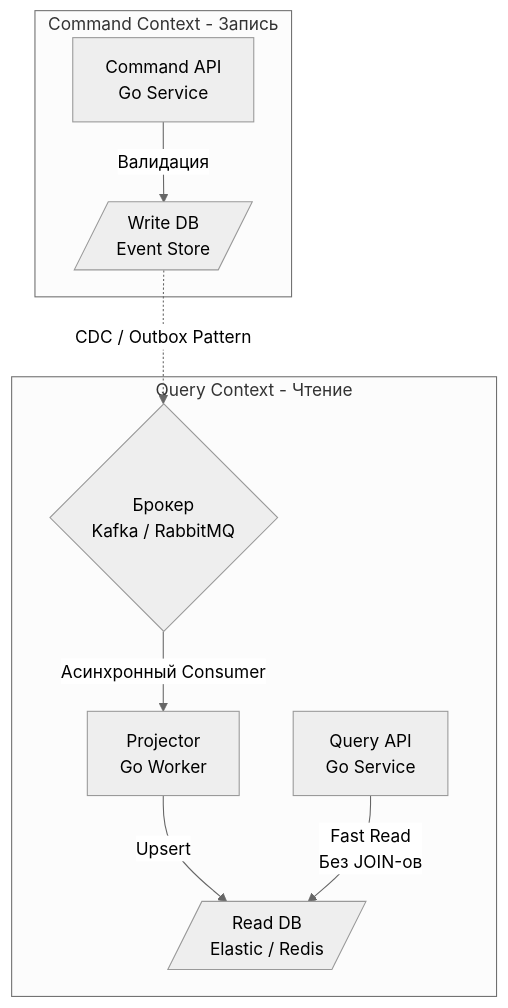
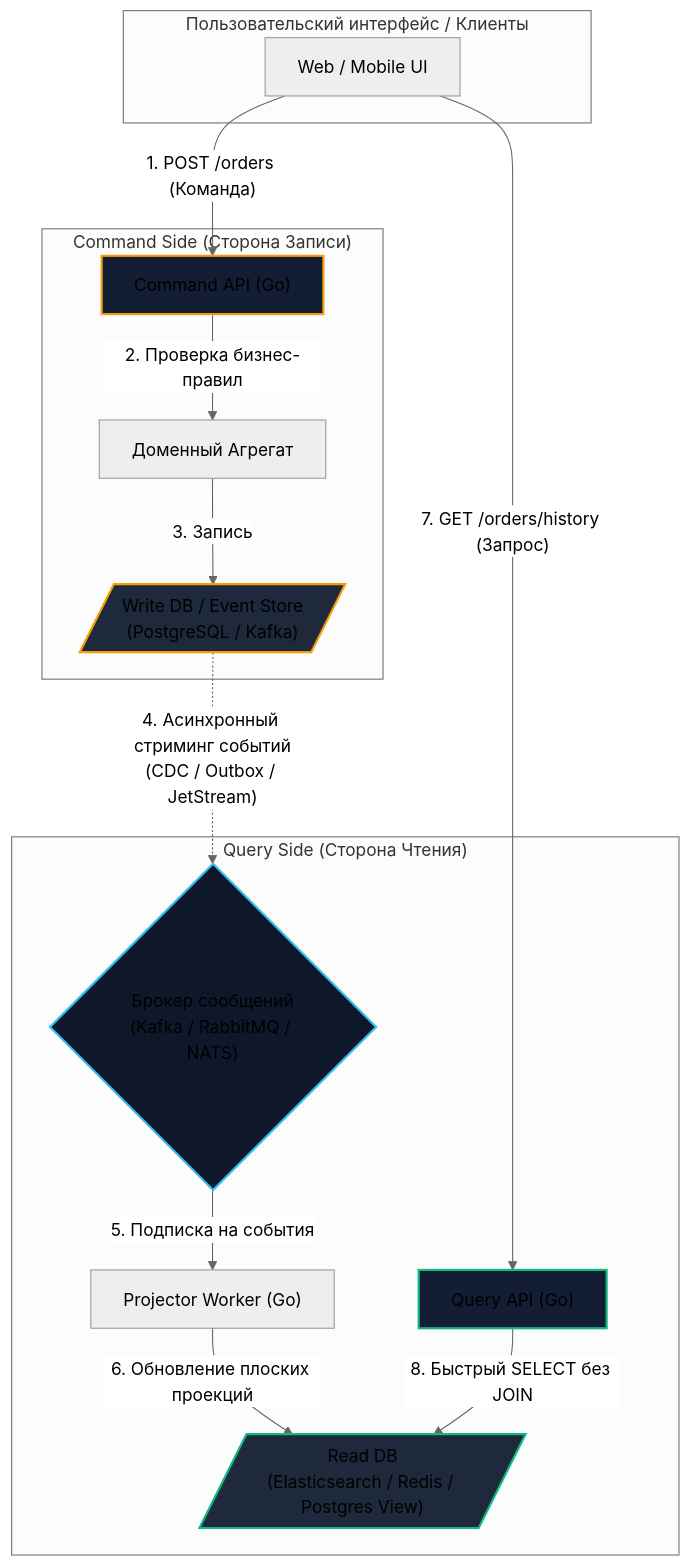
One commit to UnrealTemplier/go-textbook changed the diagram in sources/13. Очереди, брокеры сообщений и оркестраторы/05. Паттерны и архитектура/5. CQRS и брокеры.md. Above: the diagram before and after it, drawn with Mermaid (neutral theme). The commit also changed other lines of this file, not shown here.

````diff
--- a/sources/13. Очереди, брокеры сообщений и оркестраторы/05. Паттерны и архитектура/5. CQRS и брокеры.md
+++ b/sources/13. Очереди, брокеры сообщений и оркестраторы/05. Паттерны и архитектура/5. CQRS и брокеры.md
@@ -28,14 +44,27 @@
 ```mermaid
 flowchart TD
-    subgraph Command Context - Запись
-        A["Command API <br> Go Service"] -->|"Валидация"| B[/"Write DB <br> Event Store"/]
+    subgraph ClientLayer ["Пользовательский интерфейс / Клиенты"]
+        UI["Web / Mobile UI"]
     end
 
-    B -.->|"CDC / Outbox Pattern"| C{"Брокер <br> Kafka / RabbitMQ"}
+    subgraph CommandSide ["Command Side (Сторона Записи)"]
+        UI -->|"1. POST /orders (Команда)"| C_API["Command API (Go)"]
+        C_API -->|"2. Проверка бизнес-правил"| AGG["Доменный Агрегат"]
+        AGG -->|"3. Запись"| W_DB[/"Write DB / Event Store<br>(PostgreSQL / Kafka)"/]
+    end
 
-    subgraph Query Context - Чтение
-        C -->|"Асинхронный Consumer"| D["Projector <br> Go Worker"]
-        D -->|"Upsert"| E[/"Read DB <br> Elastic / Redis"/]
-        F["Query API <br> Go Service"] -->|"Fast Read <br> Без JOIN-ов"| E
+    W_DB -.->|"4. Асинхронный стриминг событий<br>(CDC / Outbox / JetStream)"| Broker{"Брокер сообщений<br>(Kafka / RabbitMQ / NATS)"}
+
+    subgraph QuerySide ["Query Side (Сторона Чтения)"]
+        Broker -->|"5. Подписка на события"| PROJ["Projector Worker (Go)"]
+        PROJ -->|"6. Обновление плоских проекций"| R_DB[/"Read DB<br>(Elasticsearch / Redis / Postgres View)"/]
+        UI -->|"7. GET /orders/history (Запрос)"| Q_API["Query API (Go)"]
+        Q_API -->|"8. Быстрый SELECT без JOIN"| R_DB
     end
+
+    style Broker fill:#0f172a,stroke:#38bdf8,stroke-width:2px
+    style W_DB fill:#1e293b,stroke:#f59e0b,stroke-width:2px
+    style R_DB fill:#1e293b,stroke:#10b981,stroke-width:2px
+    style C_API fill:#131d33,stroke:#f59e0b,stroke-width:2px
+    style Q_API fill:#131d33,stroke:#10b981,stroke-width:2px
 ```
````
